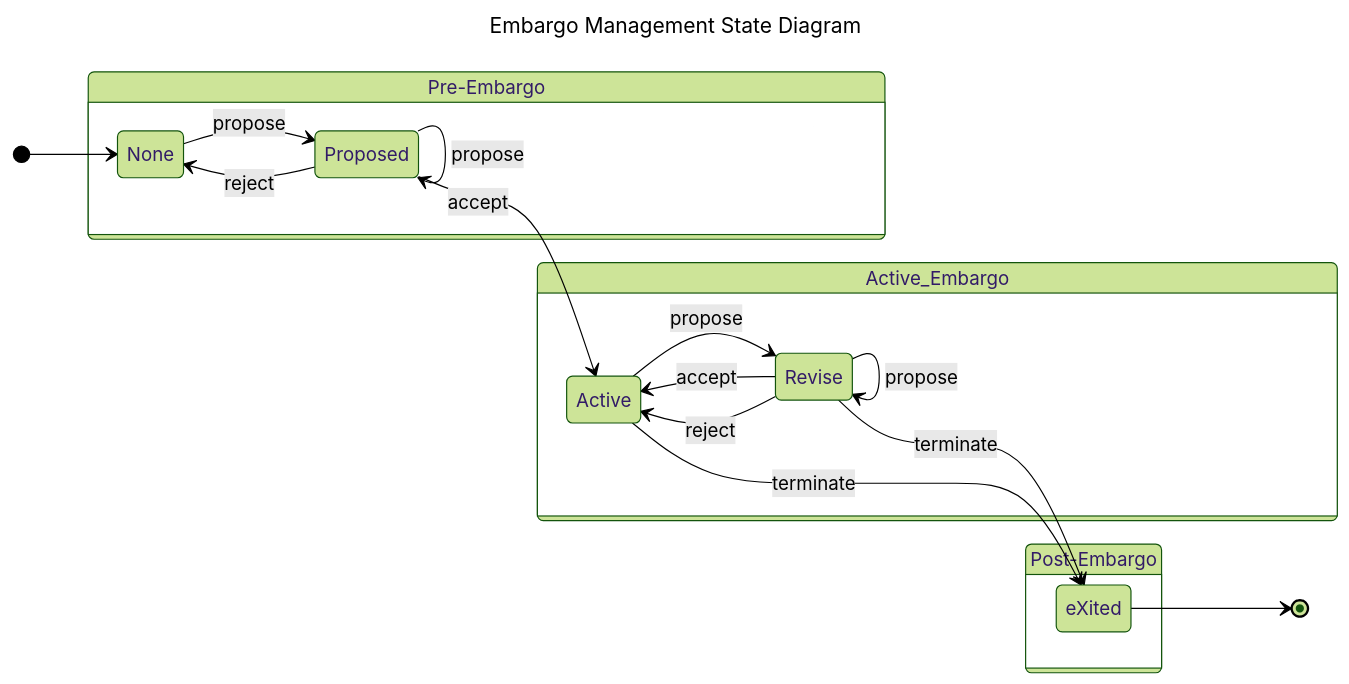
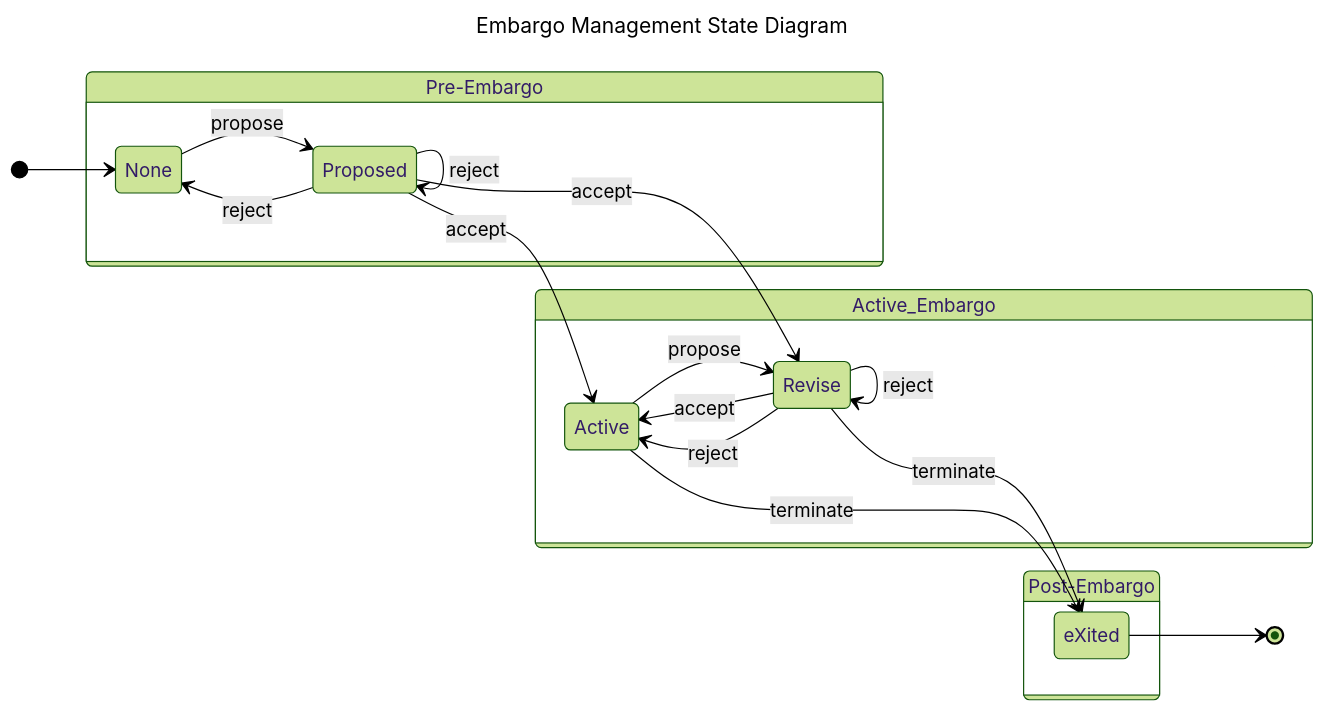
Before and after one commit to CERTCC/Vultron: the diagram in docs/topics/process_models/em/em_dfa_diagram.md, drawn with Mermaid (forest theme). The commit also changed other lines of this file and 23 other files, not shown here.

````diff
--- a/docs/topics/process_models/em/em_dfa_diagram.md
+++ b/docs/topics/process_models/em/em_dfa_diagram.md
@@ -2,26 +2,30 @@
 ```mermaid
 ---
 title: Embargo Management State Diagram
 ---
 stateDiagram-v2
     direction LR
     [*] --> None
     state Pre-Embargo {
         None --> Proposed : propose
         Proposed --> Proposed : propose
+        Proposed --> Proposed : reject
         Proposed --> None : reject
-        Proposed --> Active : accept
     }
     state Active_Embargo {
         Active --> Revise : propose
         Revise --> Active : accept
         Revise --> Active : reject
         Revise --> Revise : propose
+        Revise --> Revise : accept
+        Revise --> Revise : reject
         Revise --> eXited : terminate
         Active --> eXited : terminate
     }
     state Post-Embargo {
         eXited
     }
+    Proposed --> Active : accept
+    Proposed --> Revise : accept
     eXited --> [*]
 ```
````
